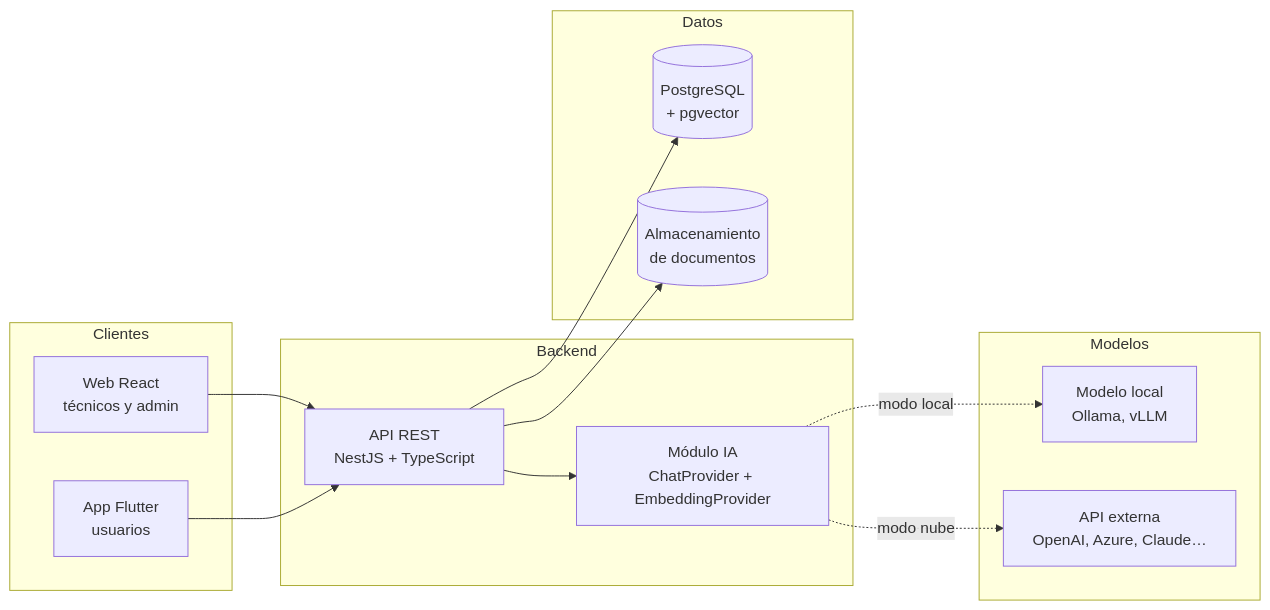
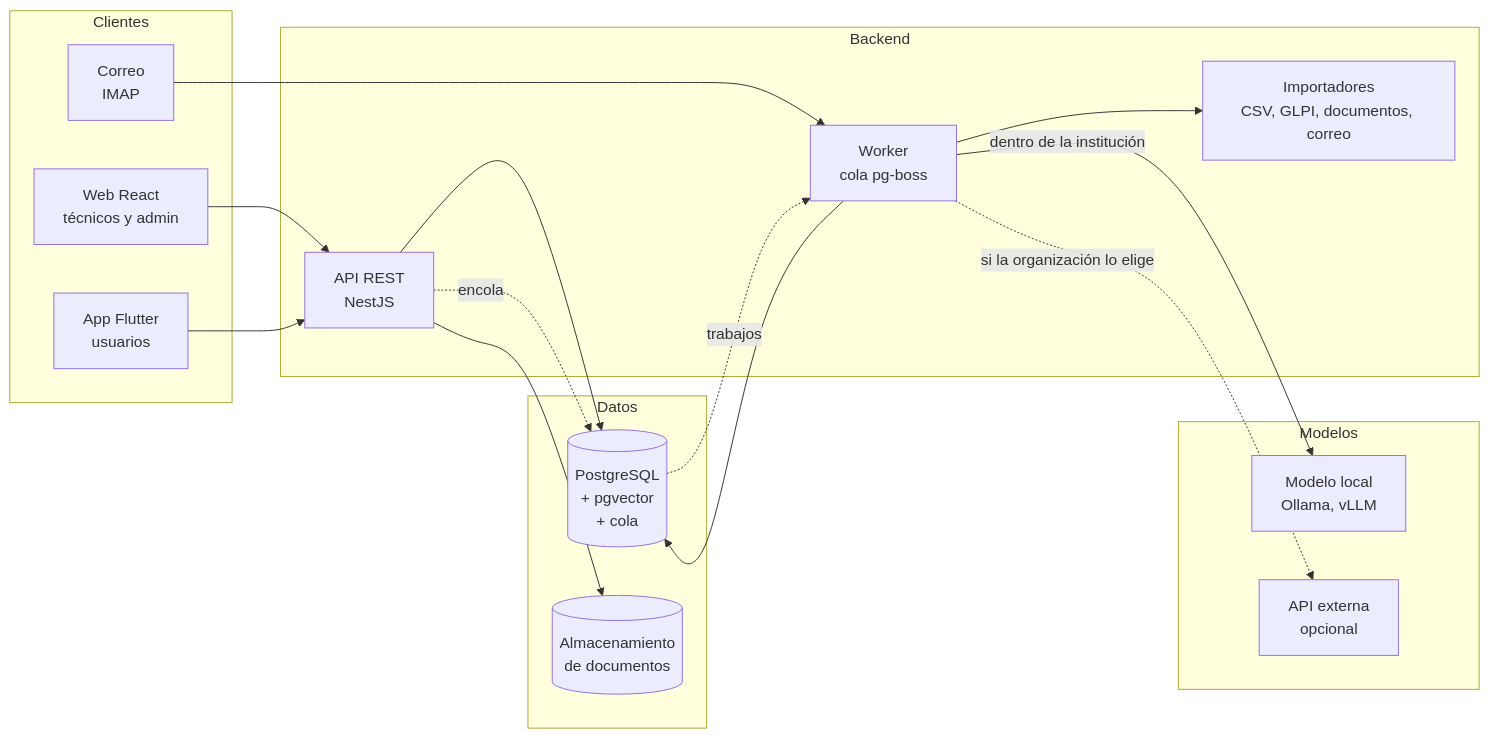
The diagram in README.md (WokerJJ/resolvia), drawn with Mermaid before and after one commit. The commit also changed other lines of this file and 14 other files, not shown here.

````diff
--- a/README.md
+++ b/README.md
@@ -46,30 +69,36 @@
 ```mermaid
 flowchart LR
     subgraph Clientes
         W[Web React<br/>técnicos y admin]
         M[App Flutter<br/>usuarios]
+        C[Correo<br/>IMAP]
     end
 
     subgraph Backend
-        API[API REST<br/>NestJS + TypeScript]
-        AI[Módulo IA<br/>ChatProvider + EmbeddingProvider]
+        API[API REST<br/>NestJS]
+        WK[Worker<br/>cola pg-boss]
+        IMP[Importadores<br/>CSV, GLPI, documentos, correo]
     end
 
     subgraph Datos
-        DB[(PostgreSQL<br/>+ pgvector)]
-        S3[(Almacenamiento<br/>de documentos)]
+        DB[(PostgreSQL<br/>+ pgvector<br/>+ cola)]
+        FS[(Almacenamiento<br/>de documentos)]
     end
 
     subgraph Modelos
         OL[Modelo local<br/>Ollama, vLLM]
-        EXT[API externa<br/>OpenAI, Azure, Claude…]
+        EXT[API externa<br/>opcional]
     end
 
     W --> API
     M --> API
+    C --> WK
     API --> DB
-    API --> S3
-    API --> AI
-    AI -.modo local.-> OL
-    AI -.modo nube.-> EXT
+    API --> FS
+    API -. encola .-> DB
+    DB -. trabajos .-> WK
+    WK --> IMP
+    WK --> DB
+    WK -->|dentro de la institución| OL
+    WK -.->|si la organización lo elige| EXT
 ```
````
